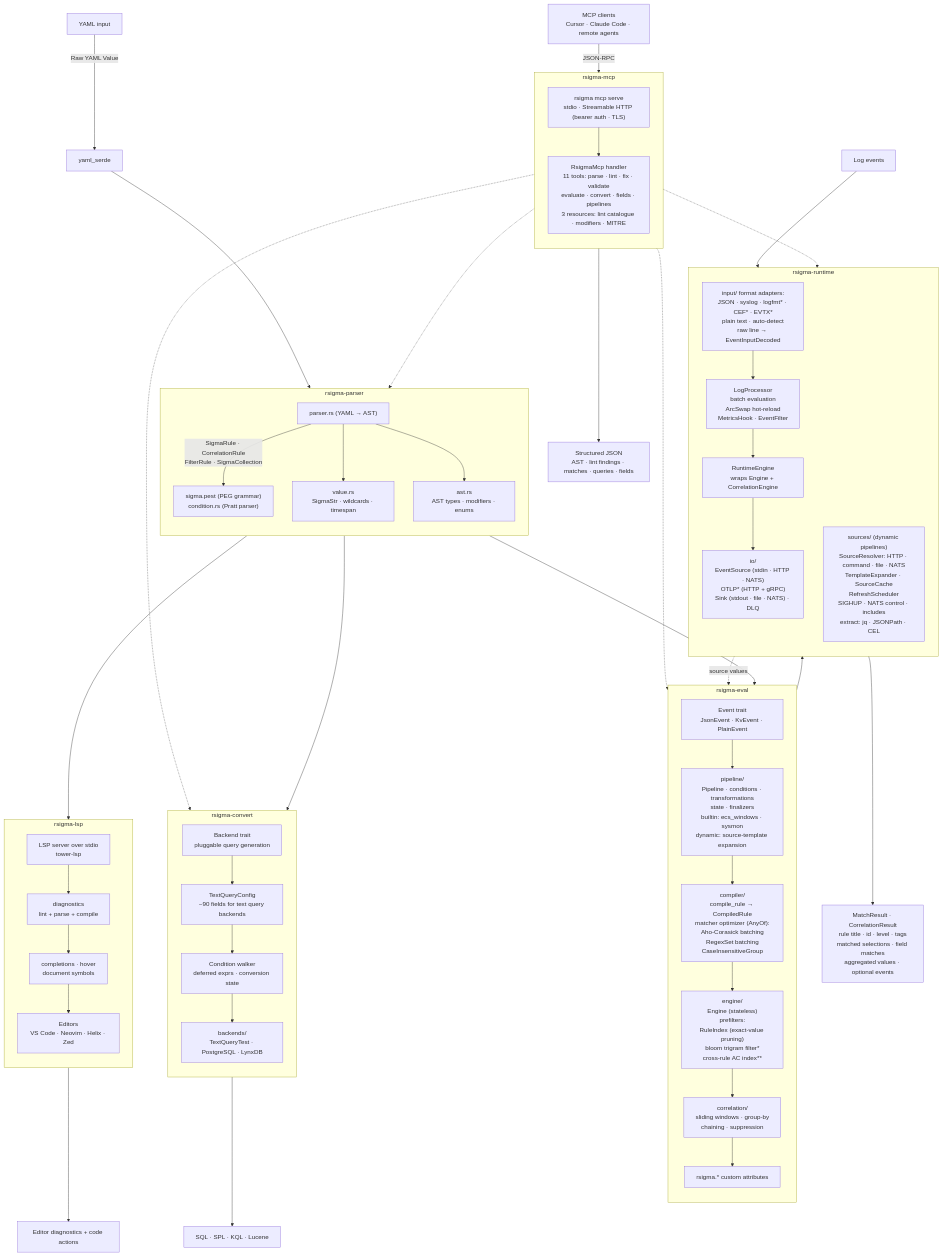
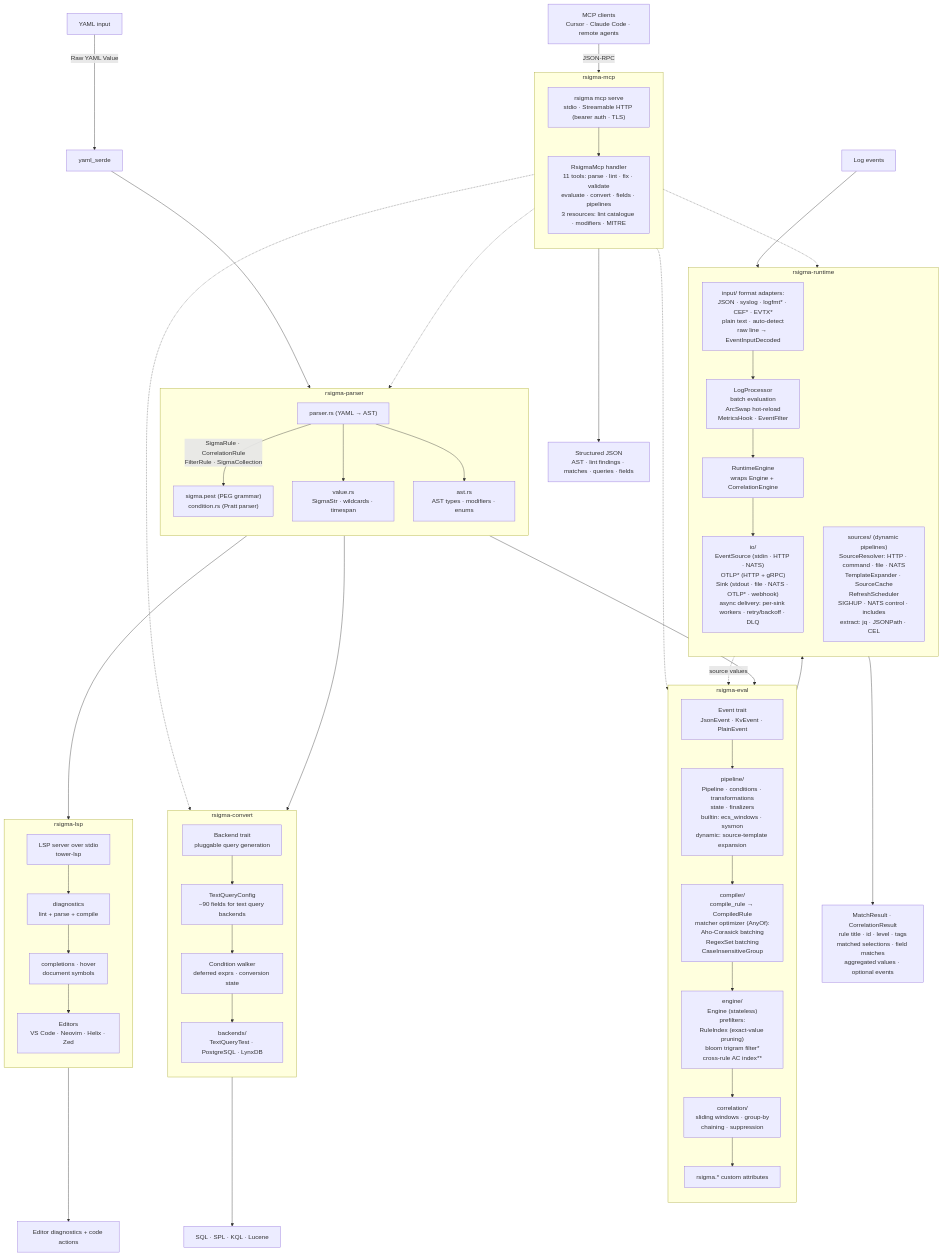
Before and after one commit to SecurityEnthusiast/rsigma: the diagram in docs/reference/architecture.md, drawn with Mermaid. The commit also changed 6 other files, not shown here.

First line of the commit message:
docs: show the webhook and OTLP output sinks in the architecture diagrams

````diff
--- a/docs/reference/architecture.md
+++ b/docs/reference/architecture.md
@@ -17,78 +17,78 @@
 ```mermaid
 flowchart TD
     YAML["YAML input"]
     SERDE["yaml_serde"]
     EVENTS["Log events"]
     OUTPUT["MatchResult · CorrelationResult<br/>rule title · id · level · tags<br/>matched selections · field matches<br/>aggregated values · optional events"]
     QUERIES["SQL · SPL · KQL · Lucene"]
     EDITOR["Editor diagnostics + code actions"]
     AGENTS["MCP clients<br/>Cursor · Claude Code · remote agents"]
     MCPJSON["Structured JSON<br/>AST · lint findings · matches · queries · fields"]
 
     subgraph rsigma-parser
         direction TB
         PARSE["parser.rs (YAML → AST)"] -->|"SigmaRule · CorrelationRule<br/>FilterRule · SigmaCollection"| PEST["sigma.pest (PEG grammar)<br/>condition.rs (Pratt parser)"]
         PARSE --> VALUE["value.rs<br/>SigmaStr · wildcards · timespan"]
         PARSE --> AST["ast.rs<br/>AST types · modifiers · enums"]
     end
 
     subgraph rsigma-eval
         direction TB
         ETRAIT["Event trait<br/>JsonEvent · KvEvent · PlainEvent"]
         ETRAIT --> EPIPE["pipeline/<br/>Pipeline · conditions · transformations<br/>state · finalizers<br/>builtin: ecs_windows · sysmon<br/>dynamic: source-template expansion"]
         EPIPE --> ECOMP["compiler/<br/>compile_rule → CompiledRule<br/>matcher optimizer (AnyOf):<br/>Aho-Corasick batching<br/>RegexSet batching<br/>CaseInsensitiveGroup"]
         ECOMP --> EENG["engine/<br/>Engine (stateless)<br/>prefilters:<br/>RuleIndex (exact-value pruning)<br/>bloom trigram filter*<br/>cross-rule AC index**"]
         EENG --> ECORR["correlation/<br/>sliding windows · group-by<br/>chaining · suppression"]
         ECORR --> ECUST["rsigma.* custom attributes"]
     end
 
     subgraph rsigma-convert
         direction TB
         CBACK["Backend trait<br/>pluggable query generation"]
         CBACK --> CTQC["TextQueryConfig<br/>~90 fields for text query backends"]
         CTQC --> CWALK["Condition walker<br/>deferred exprs · conversion state"]
         CWALK --> CENDS["backends/<br/>TextQueryTest · PostgreSQL · LynxDB"]
     end
 
     subgraph rsigma-lsp
         direction TB
         LSERV["LSP server over stdio<br/>tower-lsp"]
         LSERV --> LDIAG["diagnostics<br/>lint + parse + compile"]
         LDIAG --> LFEAT["completions · hover<br/>document symbols"]
         LFEAT --> LEDIT["Editors<br/>VS Code · Neovim · Helix · Zed"]
     end
 
     subgraph rsigma-runtime
         direction TB
         RINPUT["input/ format adapters:<br/>JSON · syslog · logfmt* · CEF* · EVTX*<br/>plain text · auto-detect<br/>raw line → EventInputDecoded"]
         RINPUT --> RPROC["LogProcessor<br/>batch evaluation<br/>ArcSwap hot-reload<br/>MetricsHook · EventFilter"]
         RPROC --> RENG["RuntimeEngine<br/>wraps Engine + CorrelationEngine"]
-        RENG --> RIO["io/<br/>EventSource (stdin · HTTP · NATS)<br/>OTLP* (HTTP + gRPC)<br/>Sink (stdout · file · NATS) · DLQ"]
+        RENG --> RIO["io/<br/>EventSource (stdin · HTTP · NATS)<br/>OTLP* (HTTP + gRPC)<br/>Sink (stdout · file · NATS · OTLP* · webhook)<br/>async delivery: per-sink workers · retry/backoff · DLQ"]
         RSRC["sources/ (dynamic pipelines)<br/>SourceResolver: HTTP · command · file · NATS<br/>TemplateExpander · SourceCache<br/>RefreshScheduler<br/>SIGHUP · NATS control · includes<br/>extract: jq · JSONPath · CEL"]
     end
 
     subgraph rsigma-mcp
         direction TB
         MCPSERVE["rsigma mcp serve<br/>stdio · Streamable HTTP (bearer auth · TLS)"]
         MCPSERVE --> MCPH["RsigmaMcp handler<br/>11 tools: parse · lint · fix · validate<br/>evaluate · convert · fields · pipelines<br/>3 resources: lint catalogue · modifiers · MITRE"]
     end
 
     YAML -->|"Raw YAML Value"| SERDE
     SERDE --> PARSE
     PEST --> ETRAIT
     PEST --> CBACK
     PEST --> LSERV
     ECUST --> RENG
     EVENTS --> RINPUT
     RIO --> OUTPUT
     CENDS --> QUERIES
     LEDIT --> EDITOR
     RSRC -.->|"source values"| EPIPE
 
     AGENTS -->|"JSON-RPC"| MCPSERVE
     MCPH -.-> PARSE
     MCPH -.-> ETRAIT
     MCPH -.-> CBACK
     MCPH -.-> RSRC
     MCPH --> MCPJSON
 ```
````
